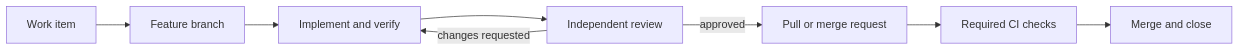
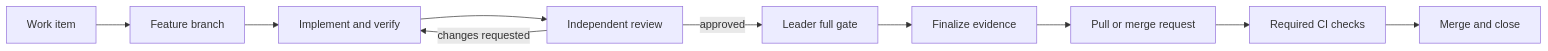
Before and after one commit to kilinkis/harness-bootstrap: the diagram in docs/run-a-ticket.md, drawn with Mermaid. The commit also changed other lines of this file and 52 other files, not shown here.

````diff
--- a/docs/run-a-ticket.md
+++ b/docs/run-a-ticket.md
@@ -23,10 +25,12 @@
 ```mermaid
 flowchart LR
     issue[Work item] --> branch[Feature branch]
     branch --> implement[Implement and verify]
     implement --> review[Independent review]
     review -->|changes requested| implement
-    review -->|approved| request[Pull or merge request]
+    review -->|approved| full[Leader full gate]
+    full --> finalize[Finalize evidence]
+    finalize --> request[Pull or merge request]
     request --> checks[Required CI checks]
     checks --> merge[Merge and close]
 ```
````
